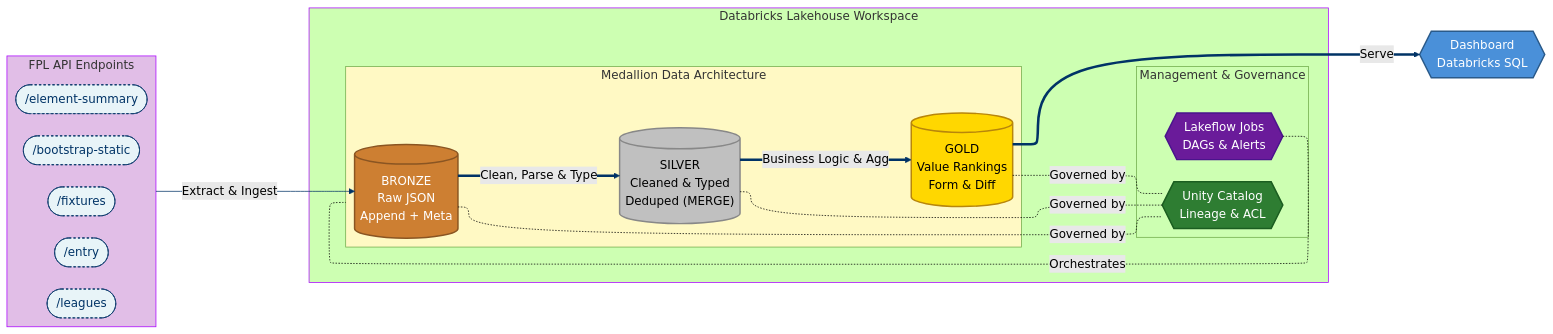
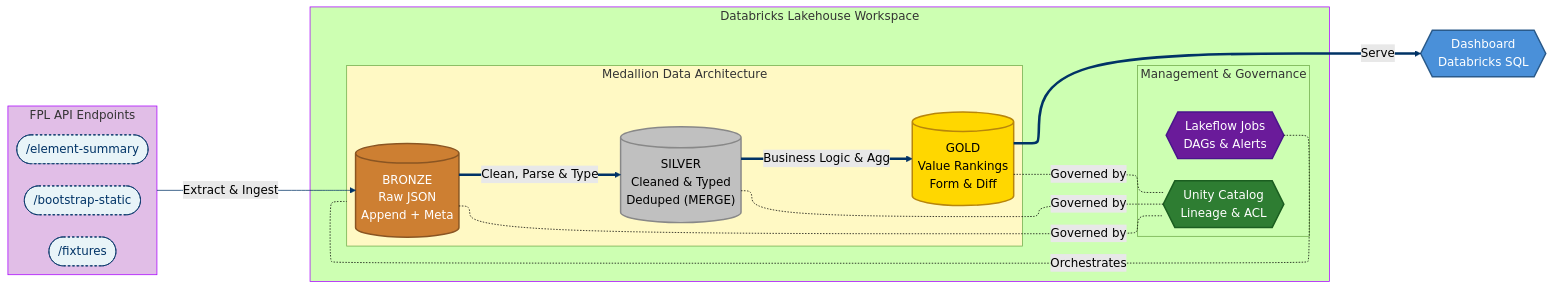
Before and after one commit to rapaugustino/fpl-databricks-project: the first of 2 diagrams in README.md, drawn with Mermaid. The commit also changed other lines of this file and 7 other files, not shown here.

````diff
--- a/README.md
+++ b/README.md
@@ -7,67 +9,63 @@
 ```mermaid
 ---
 config:
   layout: elk
   look: classic
   theme: forest
 ---
 flowchart LR
  subgraph API["FPL API Endpoints"]
     direction TB
         A1(["/bootstrap-static"])
         A2(["/fixtures"])
         A3(["/element-summary"])
-        A4(["/entry"])
-        A5(["/leagues"])
   end
  subgraph Medallion["Medallion Data Architecture"]
     direction LR
         B[("BRONZE<br>Raw JSON<br>Append + Meta")]
         S[("SILVER<br>Cleaned &amp; Typed<br>Deduped (MERGE)")]
         G[("GOLD<br>Value Rankings<br>Form &amp; Diff")]
   end
  subgraph Mgmt["Management & Governance"]
     direction LR
         UC{{"Unity Catalog<br>Lineage &amp; ACL"}}
         LJ{{"Lakeflow Jobs<br>DAGs &amp; Alerts"}}
   end
  subgraph Databricks["Databricks Lakehouse Workspace"]
     direction TB
         Medallion
         Mgmt
   end
     B == Clean, Parse & Type ==> S
     S == Business Logic & Agg ==> G
     API -- Extract & Ingest --> B
     G == Serve ==> D{{"Dashboard<br>Databricks SQL"}}
     B -. Governed by .- UC
     S -. Governed by .- UC
     G -. Governed by .- UC
     LJ -. Orchestrates .- Medallion
 
      A1:::api
      A2:::api
      A3:::api
-     A4:::api
-     A5:::api
      B:::bronze
      S:::silver
      G:::gold
      UC:::governance
      LJ:::orchestration
      D:::dashboard
     classDef bronze fill:#cd7f32,color:#fff,stroke:#8a5522,stroke-width:2px
     classDef silver fill:#c0c0c0,color:#000,stroke:#888,stroke-width:2px
     classDef gold fill:#ffd700,color:#000,stroke:#b8860b,stroke-width:2px
     classDef api fill:#e8f4f8,color:#036,stroke:#036,stroke-width:1px,stroke-dasharray: 3 3
     classDef dashboard fill:#4a90d9,color:#fff,stroke:#2a5a8a,stroke-width:2px
     classDef governance fill:#2e7d32,color:#fff,stroke:#1b5e20,stroke-width:2px
     classDef orchestration fill:#6a1b9a,color:#fff,stroke:#4a148c,stroke-width:2px
     style Medallion fill:#FFF9C4
     style API stroke:#AA00FF,fill:#E1BEE7
     style Databricks stroke:#AA00FF
     linkStyle 0 stroke:#036,fill:none
     linkStyle 1 stroke:#036,fill:none
     linkStyle 2 stroke:#036
     linkStyle 3 stroke:#036,fill:none
 ```
````
